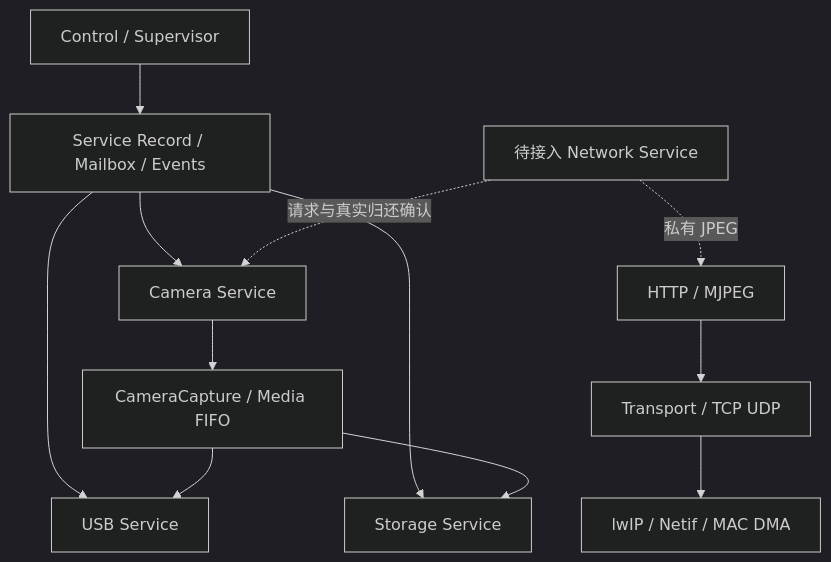
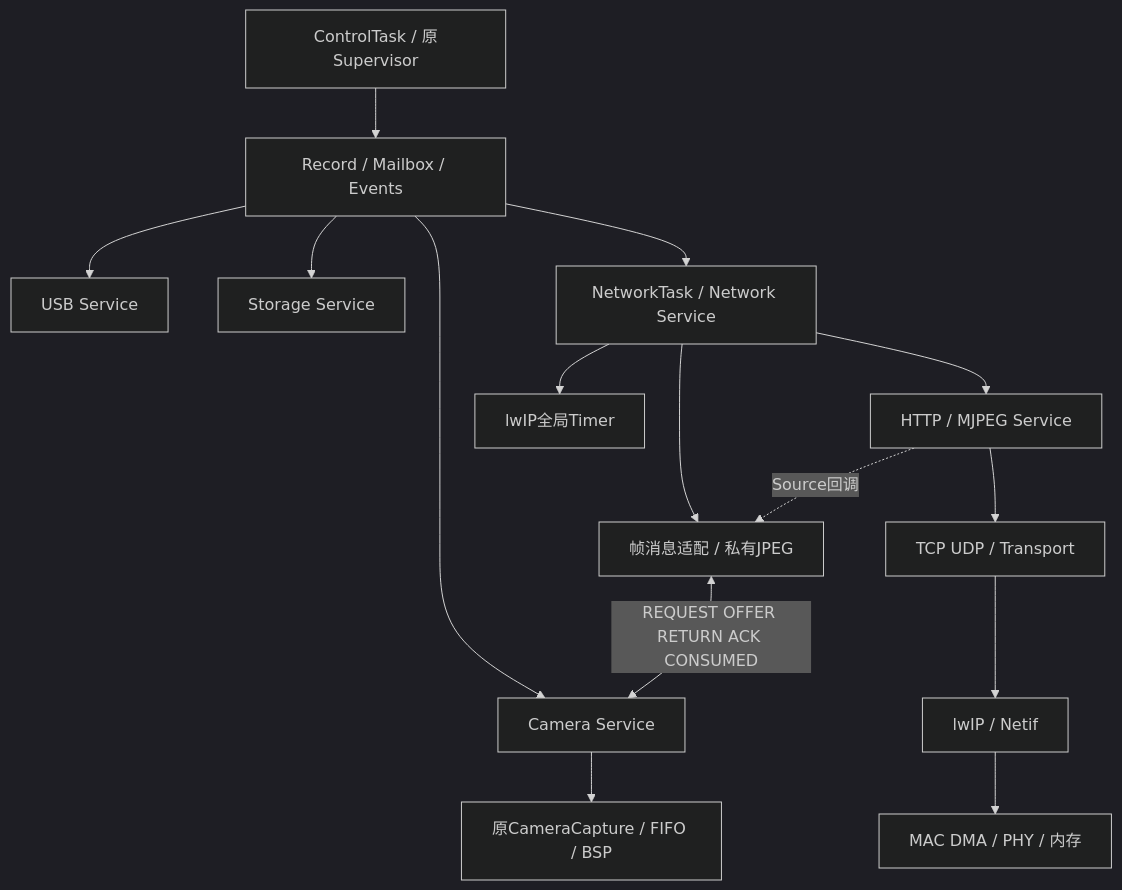
Before and after one commit to ruk93668-creator/h7_mac: the first of 2 diagrams in Docs/Ethernet/Integration/FINAL_ARCHITECTURE.md, drawn with Mermaid (dark theme). The commit also changed other lines of this file and 72 other files, not shown here.

````diff
--- a/Docs/Ethernet/Integration/FINAL_ARCHITECTURE.md
+++ b/Docs/Ethernet/Integration/FINAL_ARCHITECTURE.md
@@ -5,14 +7,17 @@
 ```mermaid
 flowchart TD
-  Control[Control / Supervisor] --> Registry[Service Record / Mailbox / Events]
-  Registry --> Camera[Camera Service]
-  Registry --> USB[USB Service]
-  Registry --> Storage[Storage Service]
-  Camera --> Media[CameraCapture / Media FIFO]
-  Media --> USB
-  Media --> Storage
-  Pending[待接入 Network Service] -. 请求与真实归还确认 .-> Camera
-  Pending -. 私有 JPEG .-> HTTP[HTTP / MJPEG]
-  HTTP --> Transport[Transport / TCP UDP]
-  Transport --> Netif[lwIP / Netif / MAC DMA]
+  CT[ControlTask / 原Supervisor] --> Q[Record / Mailbox / Events]
+  Q --> CA[Camera Service]
+  Q --> USB[USB Service]
+  Q --> SD[Storage Service]
+  Q --> NT[NetworkTask / Network Service]
+  NT --> NF[帧消息适配 / 私有JPEG]
+  NF <-->|REQUEST OFFER RETURN ACK CONSUMED| CA
+  CA --> Media[原CameraCapture / FIFO / BSP]
+  NT --> HS[HTTP / MJPEG Service]
+  HS --> Transport[TCP UDP / Transport]
+  NT --> Timer[lwIP全局Timer]
+  Transport --> Netif[lwIP / Netif]
+  Netif --> MAC[MAC DMA / PHY / 内存]
+  HS -. Source回调 .-> NF
 ```
````
